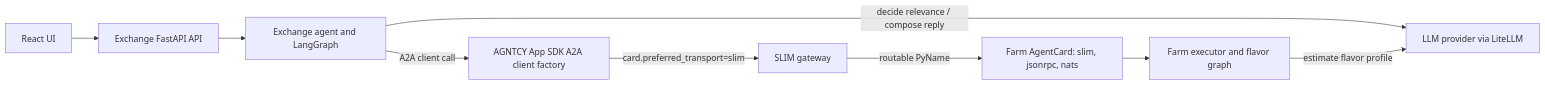
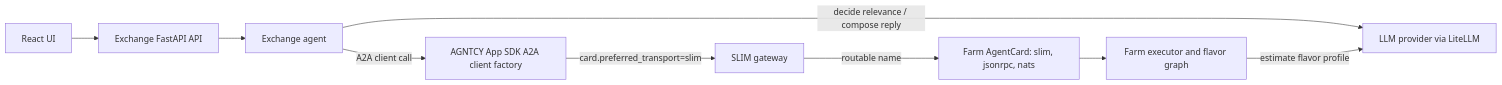
The diagram in coffeeAGNTCY/coffee_agents/corto/README.md (agntcy/coffeeAgntcy), drawn with Mermaid before and after one commit. The commit also changed other lines of this file and 1 other file, not shown here.

Commit message:
docs(corto,lungo,arch): fix mistakes

````diff
--- a/coffeeAGNTCY/coffee_agents/corto/README.md
+++ b/coffeeAGNTCY/coffee_agents/corto/README.md
@@ -41,20 +41,20 @@
 ```mermaid
 flowchart LR
     UI[React UI]
     API[Exchange FastAPI API]
-    EX[Exchange agent and LangGraph]
+    EX[Exchange agent]
     SDK[AGNTCY App SDK A2A client factory]
     SLIM[SLIM gateway]
     FARM_CARD[Farm AgentCard: slim, jsonrpc, nats]
     FARM[Farm executor and flavor graph]
     LLM[LLM provider via LiteLLM]
 
     UI --> API
     API --> EX
     EX -->|A2A client call| SDK
     SDK -->|card.preferred_transport=slim| SLIM
-    SLIM -->|routable PyName| FARM_CARD
+    SLIM -->|routable name| FARM_CARD
     FARM_CARD --> FARM
     EX -->|decide relevance / compose reply| LLM
     FARM -->|estimate flavor profile| LLM
 ```
````
